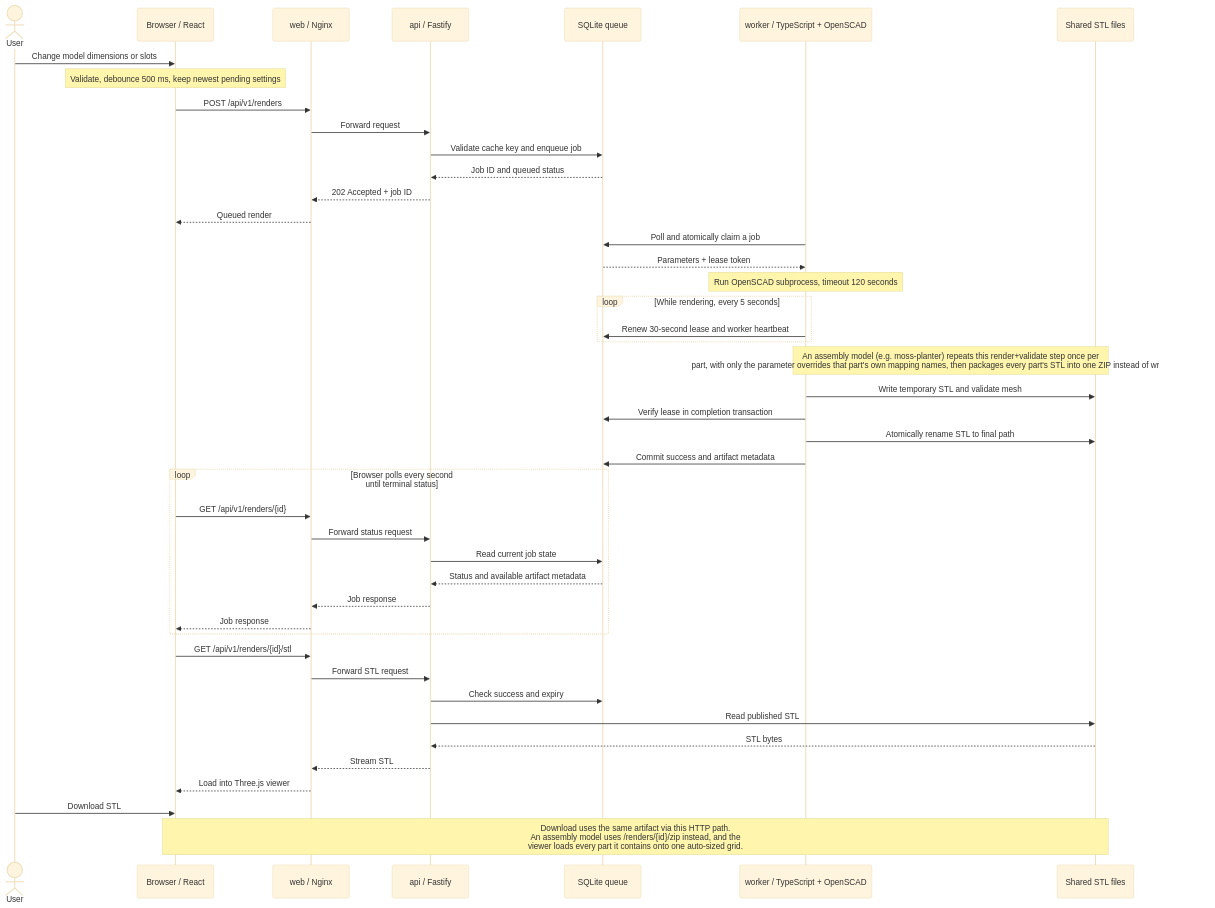
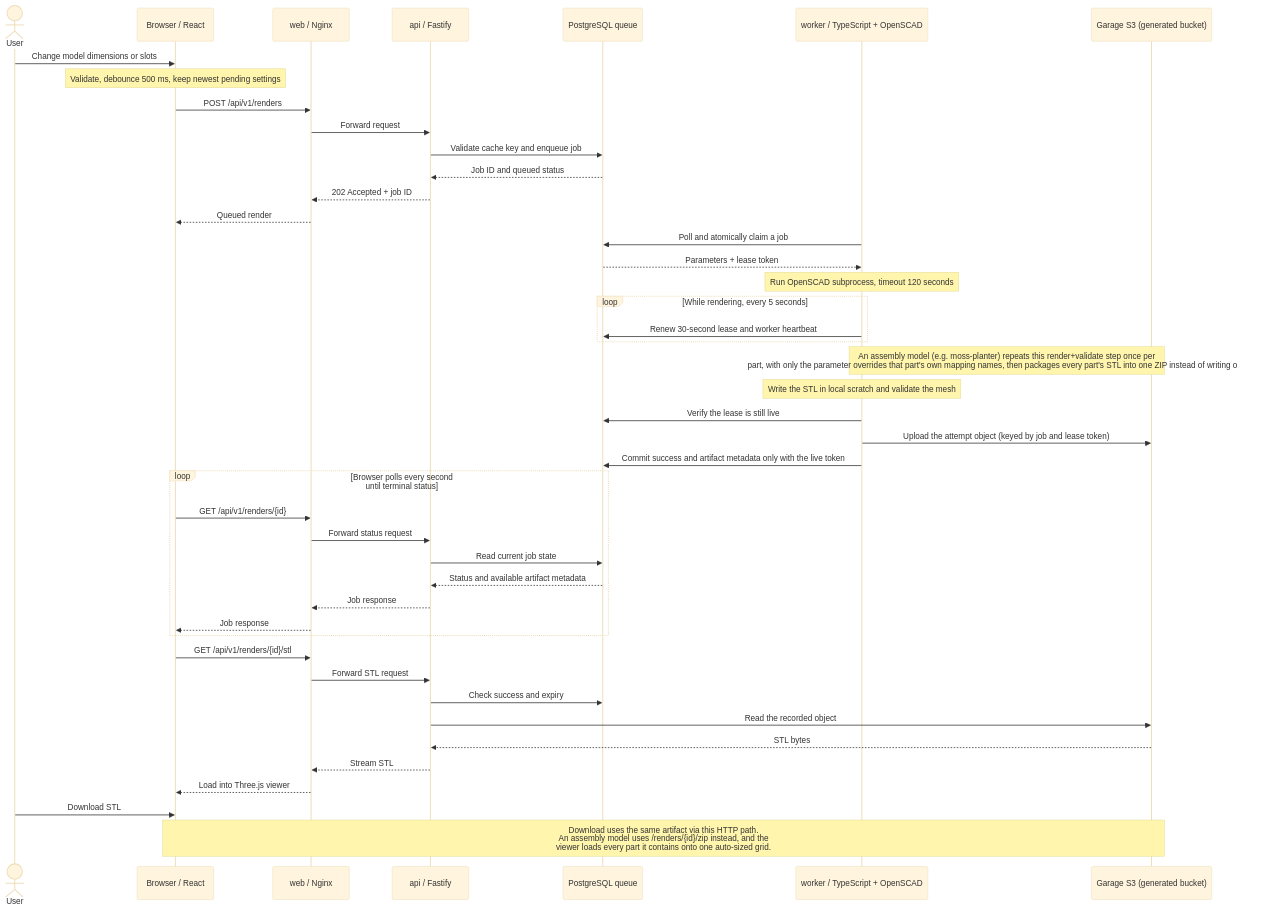
The second of 4 diagrams in docs/container-architecture.md (NNTin/CanFactory), drawn with Mermaid (base theme) before and after one commit. The commit also changed other lines of this file and 41 other files, not shown here.

First line of the commit message:
refactor(storage)!: run PostgreSQL everywhere and delete the SQLite backend

````diff
--- a/docs/container-architecture.md
+++ b/docs/container-architecture.md
@@ -72,50 +73,50 @@
 ```mermaid
 sequenceDiagram
     actor User
     participant Browser as Browser / React
     participant Web as web / Nginx
     participant API as api / Fastify
-    participant DB as SQLite queue
+    participant DB as PostgreSQL queue
     participant Worker as worker / TypeScript + OpenSCAD
-    participant Files as Shared STL files
+    participant Files as Garage S3 (generated bucket)
 
     User->>Browser: Change model dimensions or slots
     Note over Browser: Validate, debounce 500 ms, keep newest pending settings
     Browser->>Web: POST /api/v1/renders
     Web->>API: Forward request
     API->>DB: Validate cache key and enqueue job
     DB-->>API: Job ID and queued status
     API-->>Web: 202 Accepted + job ID
     Web-->>Browser: Queued render
 
     Worker->>DB: Poll and atomically claim a job
     DB-->>Worker: Parameters + lease token
     Note over Worker: Run OpenSCAD subprocess, timeout 120 seconds
     loop While rendering, every 5 seconds
         Worker->>DB: Renew 30-second lease and worker heartbeat
     end
     Note over Worker,Files: An assembly model (e.g. moss-planter) repeats this render+validate step once per<br/>part, with only the parameter overrides that part's own mapping names, then packages every part's STL into one ZIP instead of writing one STL.
-    Worker->>Files: Write temporary STL and validate mesh
-    Worker->>DB: Verify lease in completion transaction
-    Worker->>Files: Atomically rename STL to final path
-    Worker->>DB: Commit success and artifact metadata
+    Note over Worker: Write the STL in local scratch and validate the mesh
+    Worker->>DB: Verify the lease is still live
+    Worker->>Files: Upload the attempt object (keyed by job and lease token)
+    Worker->>DB: Commit success and artifact metadata only with the live token
 
     loop Browser polls every second until terminal status
         Browser->>Web: GET /api/v1/renders/{id}
         Web->>API: Forward status request
         API->>DB: Read current job state
         DB-->>API: Status and available artifact metadata
         API-->>Web: Job response
         Web-->>Browser: Job response
     end
 
     Browser->>Web: GET /api/v1/renders/{id}/stl
     Web->>API: Forward STL request
     API->>DB: Check success and expiry
-    API->>Files: Read published STL
+    API->>Files: Read the recorded object
     Files-->>API: STL bytes
     API-->>Web: Stream STL
     Web-->>Browser: Load into Three.js viewer
     User->>Browser: Download STL
     Note over Browser,Files: Download uses the same artifact via this HTTP path.<br/>An assembly model uses /renders/{id}/zip instead, and the<br/>viewer loads every part it contains onto one auto-sized grid.
 ```
````
